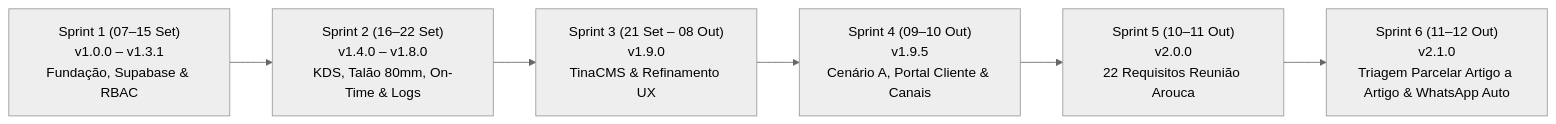
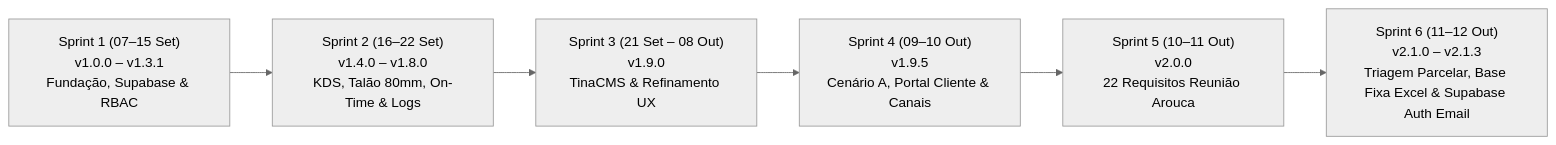
One commit to lfcarreiras/App-Padaria changed the second of 2 diagrams in docs/01_Dossier_Tecnico_e_Evolucao_Arquitetural.md. Above: the diagram before and after it, drawn with Mermaid (neutral theme). The commit also changed other lines of this file and 11 other files, not shown here.

Commit message:
docs(v2.1.3): sync living documentation and 6 client PDFs with Supabase Auth email recovery and Base Fixa Excel

````diff
--- a/docs/01_Dossier_Tecnico_e_Evolucao_Arquitetural.md
+++ b/docs/01_Dossier_Tecnico_e_Evolucao_Arquitetural.md
@@ -89,8 +91,8 @@
 ```mermaid
 flowchart LR
     S1["Sprint 1 (07–15 Set)\nv1.0.0 – v1.3.1\nFundação, Supabase & RBAC"] --> S2["Sprint 2 (16–22 Set)\nv1.4.0 – v1.8.0\nKDS, Talão 80mm, On-Time & Logs"]
     S2 --> S3["Sprint 3 (21 Set – 08 Out)\nv1.9.0\nTinaCMS & Refinamento UX"]
     S3 --> S4["Sprint 4 (09–10 Out)\nv1.9.5\nCenário A, Portal Cliente & Canais"]
     S4 --> S5["Sprint 5 (10–11 Out)\nv2.0.0\n22 Requisitos Reunião Arouca"]
-    S5 --> S6["Sprint 6 (11–12 Out)\nv2.1.0\nTriagem Parcelar Artigo a Artigo & WhatsApp Auto"]
+    S5 --> S6["Sprint 6 (11–12 Out)\nv2.1.0 – v2.1.3\nTriagem Parcelar, Base Fixa Excel & Supabase Auth Email"]
 ```
````
